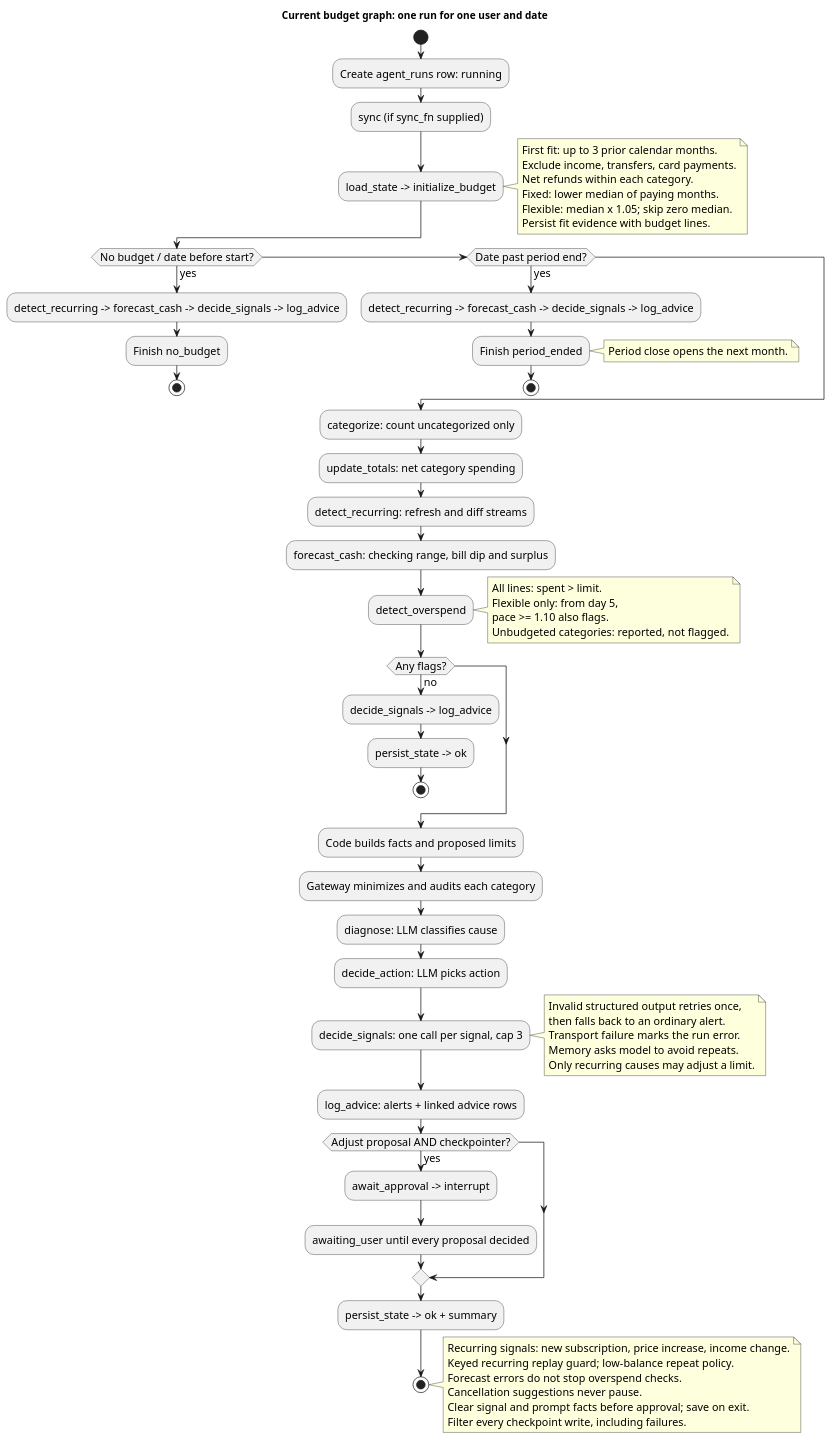
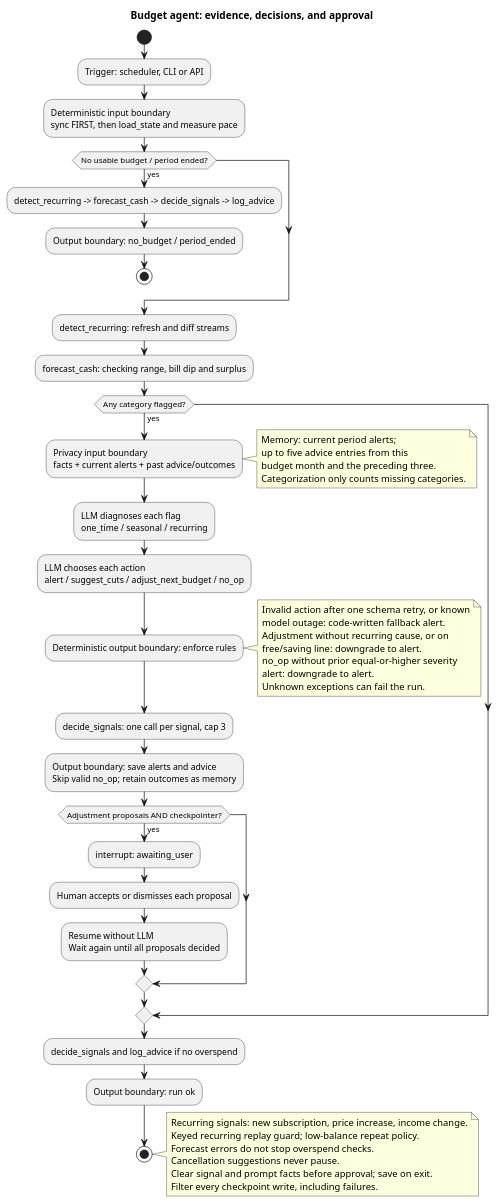
The diagram in docs/diagrams/budget-agent-loop.puml (Del0m/Agentic-Financial-Dashboard), drawn with PlantUML before and after one commit. The commit also changed 14 other files, not shown here.

First line of the commit message:
docs: agentic system guide for grading, with updated agent diagrams

```diff
--- a/docs/diagrams/budget-agent-loop.puml
+++ b/docs/diagrams/budget-agent-loop.puml
@@ -1,71 +1,54 @@
 @startuml
-title Current budget graph: one run for one user and date
+title Budget agent: evidence, decisions, and approval
 skinparam shadowing false
 skinparam defaultFontName SansSerif
-skinparam defaultFontSize 15
 start
-:Create agent_runs row: running;
-:sync (if sync_fn supplied);
-:load_state -> initialize_budget;
-note right
-First fit: up to 3 prior calendar months.
-Exclude income, transfers, card payments.
-Net refunds within each category.
-Fixed: lower median of paying months.
-Flexible: median x 1.05; skip zero median.
-Persist fit evidence with budget lines.
-end note
-if (No budget / date before start?) then (yes)
+:Trigger: scheduler, CLI or API;
+:Deterministic input boundary\nsync FIRST, then load_state and measure pace;
+if (No usable budget / period ended?) then (yes)
   :detect_recurring -> forecast_cash -> decide_signals -> log_advice;
-  :Finish no_budget;
-  stop
-elseif (Date past period end?) then (yes)
-  :detect_recurring -> forecast_cash -> decide_signals -> log_advice;
-  :Finish period_ended;
-  note right: Period close opens the next month.
+  :Output boundary: no_budget / period_ended;
   stop
 endif
-:categorize: count uncategorized only;
-:update_totals: net category spending;
 :detect_recurring: refresh and diff streams;
 :forecast_cash: checking range, bill dip and surplus;
-:detect_overspend;
-note right
-All lines: spent > limit.
-Flexible only: from day 5,
-pace >= 1.10 also flags.
-Unbudgeted categories: reported, not flagged.
-end note
-if (Any flags?) then (no)
-  :decide_signals -> log_advice;
-  :persist_state -> ok;
-  stop
+if (Any category flagged?) then (yes)
+  :Privacy input boundary\nfacts + current alerts + past advice/outcomes;
+  note right
+    Memory: current period alerts;
+    up to five advice entries from this
+    budget month and the preceding three.
+    Categorization only counts missing categories.
+  end note
+  :LLM diagnoses each flag\none_time / seasonal / recurring;
+  :LLM chooses each action\nalert / suggest_cuts / adjust_next_budget / no_op;
+  :Deterministic output boundary: enforce rules;
+  note right
+    Invalid action after one schema retry, or known
+    model outage: code-written fallback alert.
+    Adjustment without recurring cause, or on
+    free/saving line: downgrade to alert.
+    no_op without prior equal-or-higher severity
+    alert: downgrade to alert.
+    Unknown exceptions can fail the run.
+  end note
+  :decide_signals: one call per signal, cap 3;
+  :Output boundary: save alerts and advice\nSkip valid no_op; retain outcomes as memory;
+  if (Adjustment proposals AND checkpointer?) then (yes)
+    :interrupt: awaiting_user;
+    :Human accepts or dismisses each proposal;
+    :Resume without LLM\nWait again until all proposals decided;
+  endif
 endif
-:Code builds facts and proposed limits;
-:Gateway minimizes and audits each category;
-:diagnose: LLM classifies cause;
-:decide_action: LLM picks action;
-:decide_signals: one call per signal, cap 3;
-note right
-Invalid structured output retries once,
-then falls back to an ordinary alert.
-Transport failure marks the run error.
-Memory asks model to avoid repeats.
-Only recurring causes may adjust a limit.
-end note
-:log_advice: alerts + linked advice rows;
-if (Adjust proposal AND checkpointer?) then (yes)
-  :await_approval -> interrupt;
-  :awaiting_user until every proposal decided;
-endif
-:persist_state -> ok + summary;
+:decide_signals and log_advice if no overspend;
+:Output boundary: run ok;
 stop
 note right
 Recurring signals: new subscription, price increase, income change.
 Keyed recurring replay guard; low-balance repeat policy.
 Forecast errors do not stop overspend checks.
 Cancellation suggestions never pause.
 Clear signal and prompt facts before approval; save on exit.
 Filter every checkpoint write, including failures.
 end note
 @enduml
```
